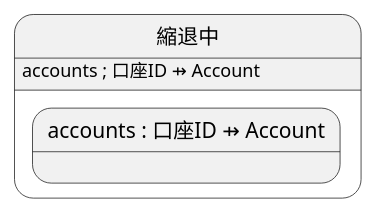
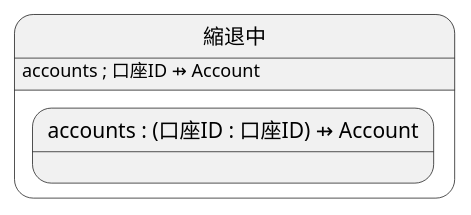
One commit to Kuniwak/puml-parallel changed the second of 2 diagrams in docs/PROMOTION.md. Above: the diagram before and after it, drawn with PlantUML. The commit also changed other lines of this file and 2 other files, not shown here.

````diff
--- a/docs/PROMOTION.md
+++ b/docs/PROMOTION.md
@@ -158,7 +162,7 @@
 ```plantuml
 state "縮退中" as degraded {
   degraded : accounts ; 口座ID ⇸ Account
 
-  state "accounts : 口座ID ⇸ Account" as degradedAccounts <<promote>>
+  state "accounts : (口座ID : 口座ID) ⇸ Account" as degradedAccounts <<promote>>
 }
 ```
````
